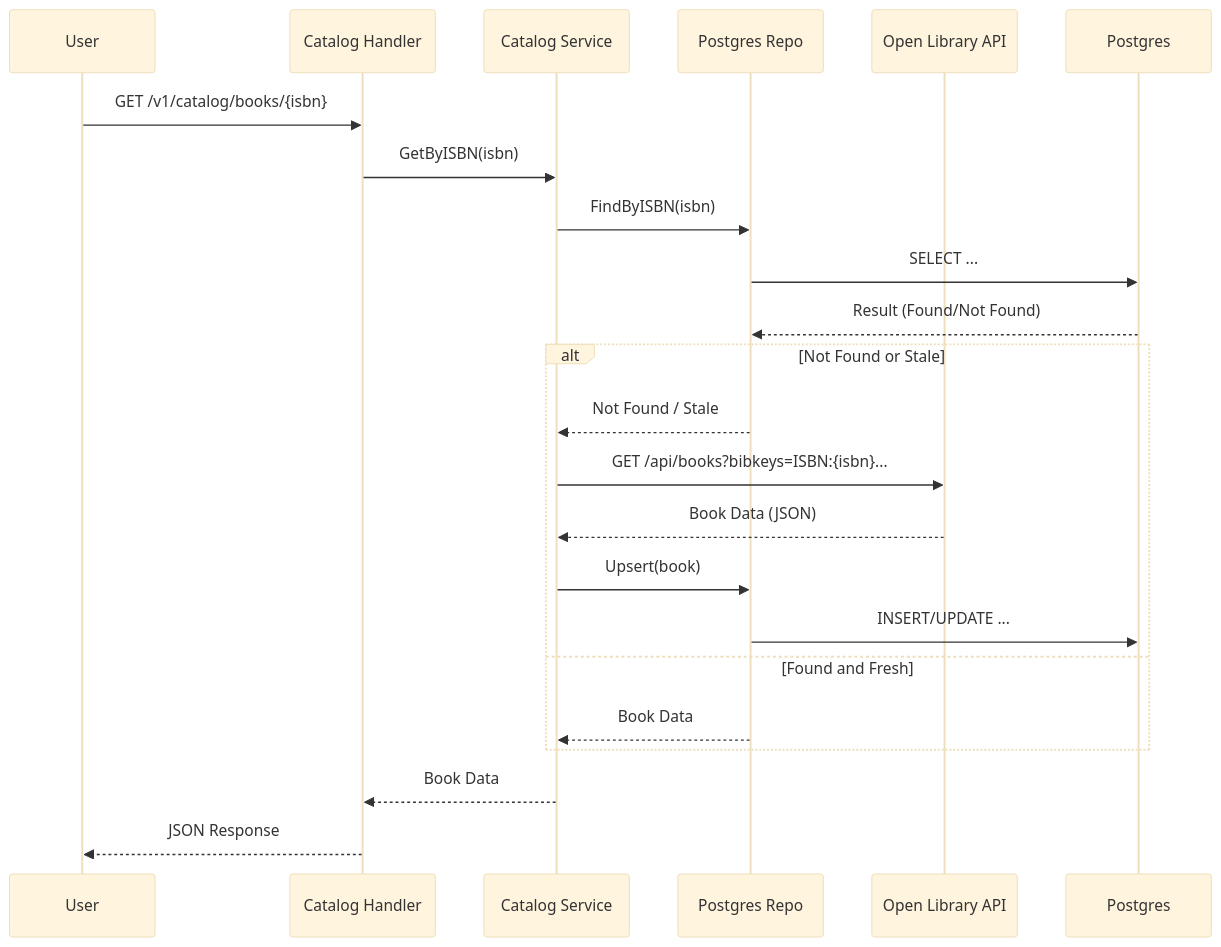
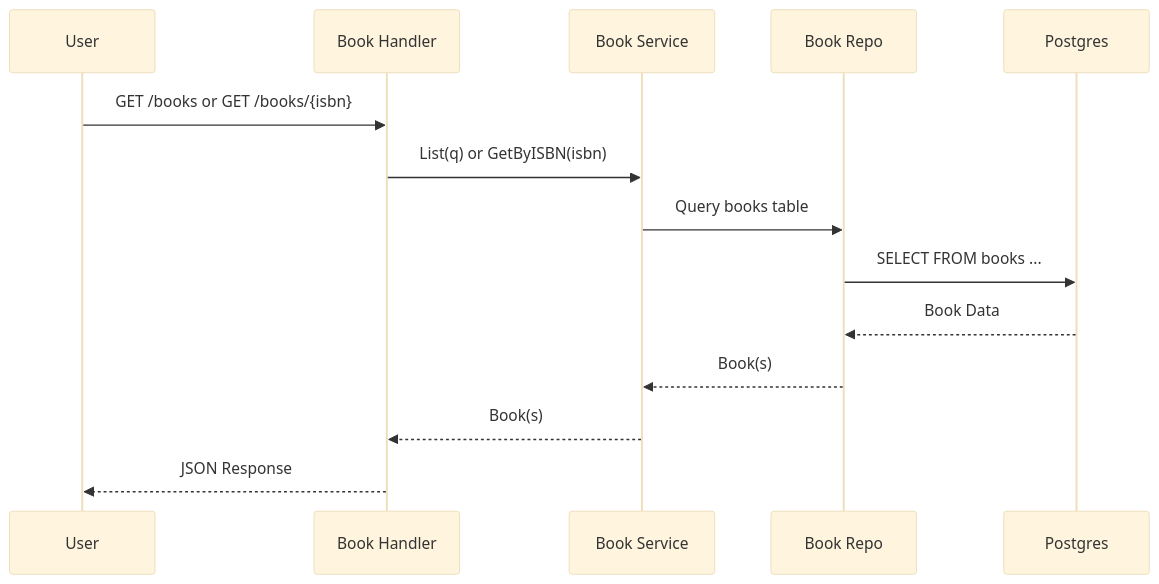
The second of 2 diagrams in docs/rfc/phase-2.md (naufaldi/bookapi), drawn with Mermaid (base theme) before and after one commit. The commit also changed other lines of this file and 8 other files, not shown here.

````diff
--- a/docs/rfc/phase-2.md
+++ b/docs/rfc/phase-2.md
@@ -51,28 +71,17 @@
 ```mermaid
 sequenceDiagram
     participant User
-    participant Handler as Catalog Handler
-    participant Service as Catalog Service
-    participant Repo as Postgres Repo
-    participant OL as Open Library API
+    participant Handler as Book Handler
+    participant Service as Book Service
+    participant Repo as Book Repo
     participant DB as Postgres
 
-    User->>Handler: GET /v1/catalog/books/{isbn}
-    Handler->>Service: GetByISBN(isbn)
-    Service->>Repo: FindByISBN(isbn)
-    Repo->>DB: SELECT ...
-    DB-->>Repo: Result (Found/Not Found)
-    
-    alt Not Found or Stale
-        Repo-->>Service: Not Found / Stale
-        Service->>OL: GET /api/books?bibkeys=ISBN:{isbn}...
-        OL-->>Service: Book Data (JSON)
-        Service->>Repo: Upsert(book)
-        Repo->>DB: INSERT/UPDATE ...
-    else Found and Fresh
-        Repo-->>Service: Book Data
-    end
-    
-    Service-->>Handler: Book Data
+    User->>Handler: GET /books or GET /books/{isbn}
+    Handler->>Service: List(q) or GetByISBN(isbn)
+    Service->>Repo: Query books table
+    Repo->>DB: SELECT FROM books ...
+    DB-->>Repo: Book Data
+    Repo-->>Service: Book(s)
+    Service-->>Handler: Book(s)
     Handler-->>User: JSON Response
 ```
````
